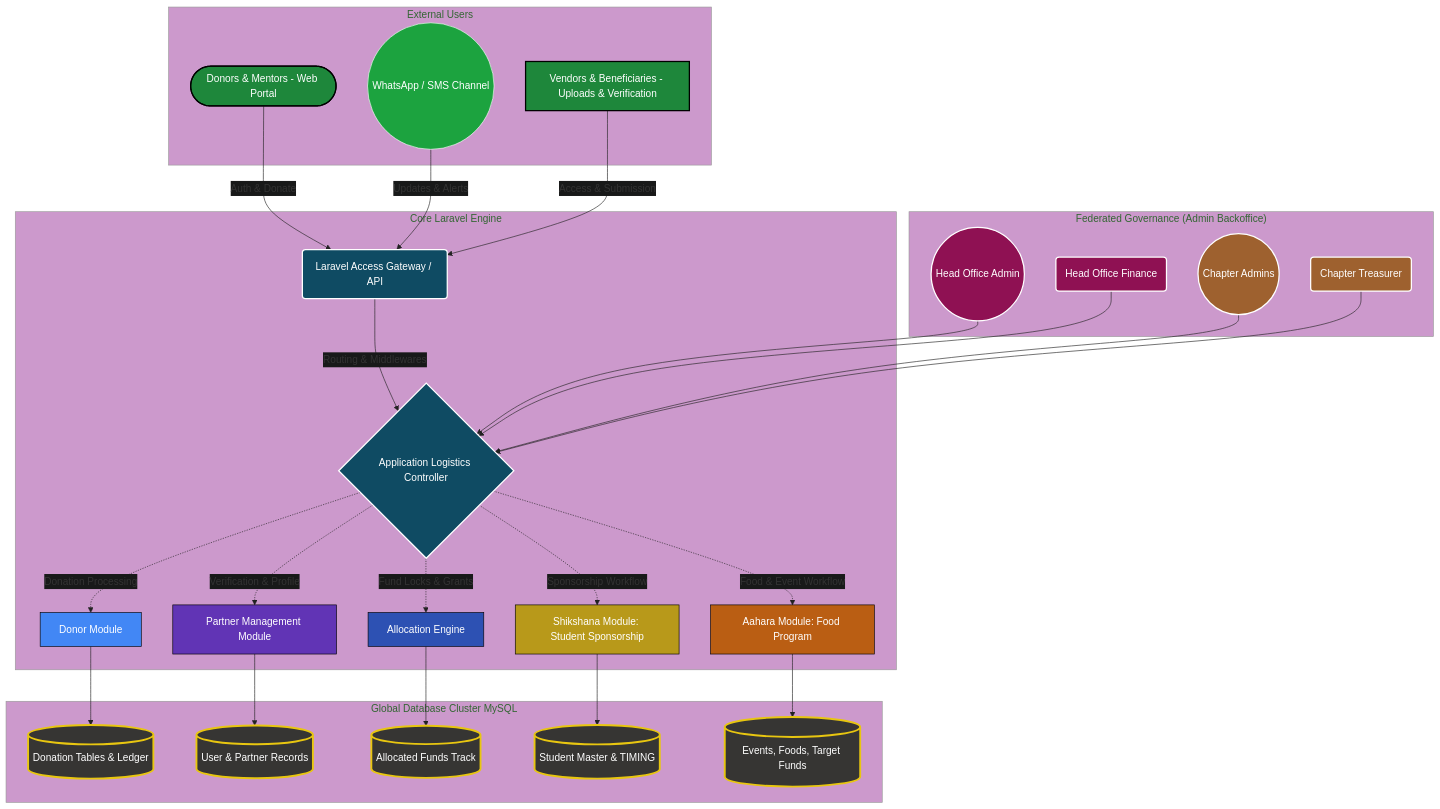
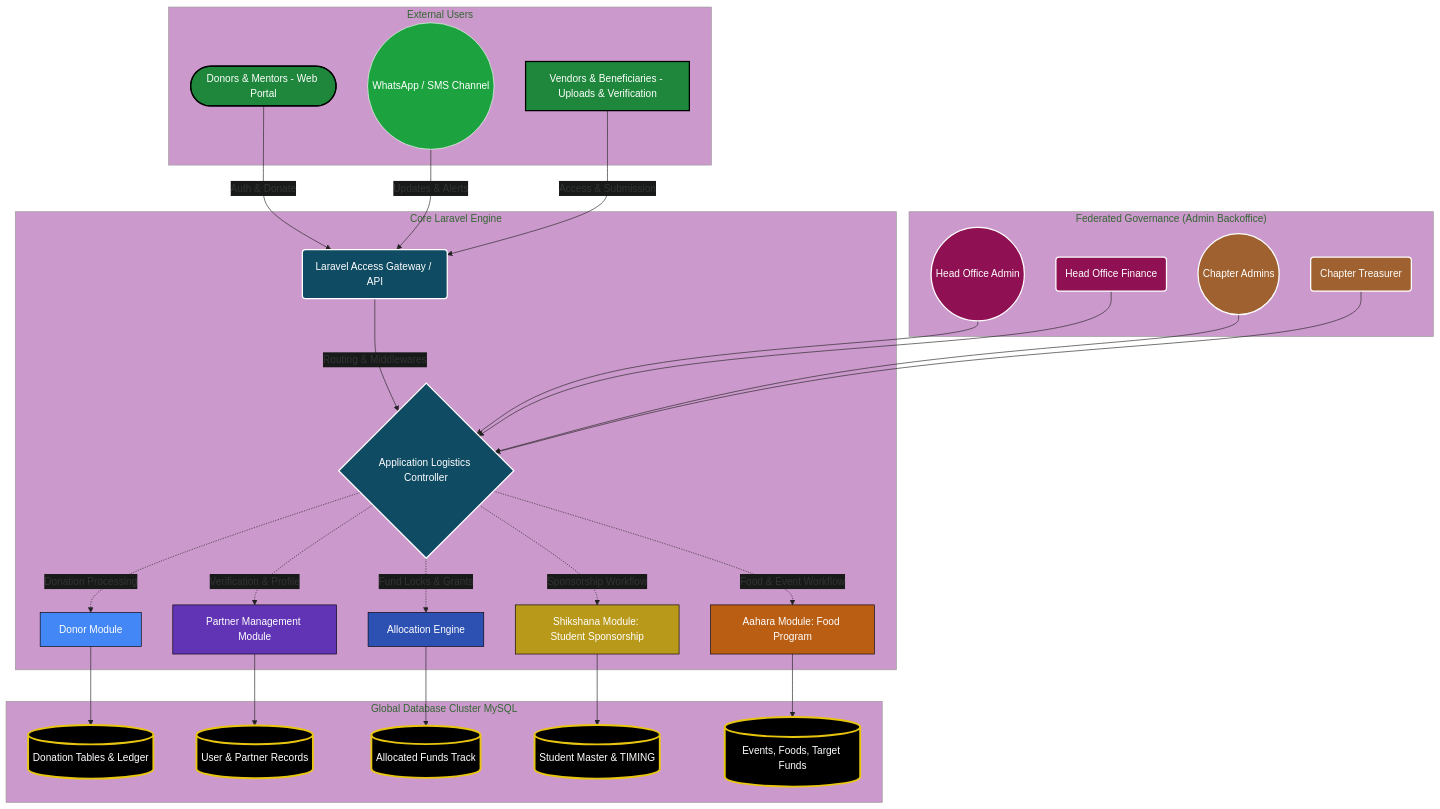
One commit to chinivarfoundation/university_connect_program changed the diagram in docs/system_architecture.md. Above: the diagram before and after it, drawn with Mermaid. The commit also changed 1 other file, not shown here.

````diff
--- a/docs/system_architecture.md
+++ b/docs/system_architecture.md
@@ -5,55 +5,55 @@
 ```mermaid
 %%{init: {'theme': 'base', 'themeVariables': { 'primaryColor': '#0883b2', 'edgeLabelBackground':'#181919', 'tertiaryColor': '#cc99cc', 'lineColor' : '#222' }}}%%
 graph TD
    subgraph "External Users"
         D(["Donors & Mentors - Web Portal"]):::external
         V["Vendors & Beneficiaries - Uploads & Verification"]:::external
         M(("WhatsApp / SMS Channel")):::channel
    end
    
    D -- "Auth & Donate" --> A("Laravel Access Gateway / API"):::core
    M -- "Updates & Alerts" --> A
    V -- "Access & Submission" --> A
    
    subgraph "Core Laravel Engine"
         A --> |"Routing & Middlewares"| B
         B{"Application Logistics Controller"}:::core
         
         B -.-> |"Donation Processing"| D_MONEY["Donor Module"]:::module_don
         B -.-> |"Verification & Profile"| D_PART["Partner Management Module"]:::module_part
         B -.-> |"Fund Locks & Grants"| D_ALLOC["Allocation Engine"]:::module_allo
         
         B -.-> |"Sponsorship Workflow"| P_SHIKSHANA["Shikshana Module: Student Sponsorship"]:::module_shik
         B -.-> |"Food & Event Workflow"| P_AHARA["Aahara Module: Food Program"]:::module_aha
    end
 
    subgraph "Federated Governance (Admin Backoffice)"
         HO(("Head Office Admin")):::admin --> B
         HOF("Head Office Finance"):::admin --> B
         
         CA(("Chapter Admins")):::chapterad --> B
         CT("Chapter Treasurer"):::chapterad --> B
    end
    
    subgraph "Global Database Cluster MySQL"
        D_MONEY --> DS[("Donation Tables & Ledger")]:::db
        D_PART --> PS[("User & Partner Records")]:::db
        D_ALLOC --> AS[("Allocated Funds Track")]:::db
        
        P_SHIKSHANA --> SSS[("Student Master & TIMING")]:::db
        P_AHARA --> SAS[("Events, Foods, Target Funds")]:::db
    end 
 
    %% Color Definitions
    classDef core fill:#0f4b63,stroke:#fff,stroke-width:2px,color:#fff;
    classDef admin fill:#8f1153,stroke:#fff,stroke-width:2px,color:#fff;
    classDef chapterad fill:#9e612f,stroke:#fff,stroke-width:2px,color:#fff;
    classDef external fill:#1e873b,stroke:#000,stroke-width:2px,color:#fff;
    classDef channel fill:#1ca33f,stroke:#fff,color:#fff;
    classDef module_don fill:#4287f5,stroke:#000,color:#fff;
    classDef module_part fill:#6134b5,stroke:#000,color:#fff;
    classDef module_allo fill:#2d51b3,stroke:#000,color:#fff;
    classDef module_shik fill:#b8991a,stroke:#000,color:#fff;
    classDef module_aha fill:#ba5e13,stroke:#000,color:#fff;
-   classDef db fill:#363533,stroke:#e8c610,stroke-width:3px,color:#fff;
+   classDef db fill:#000,stroke:#e8c610,stroke-width:3px,color:#fff;
 ```
````
